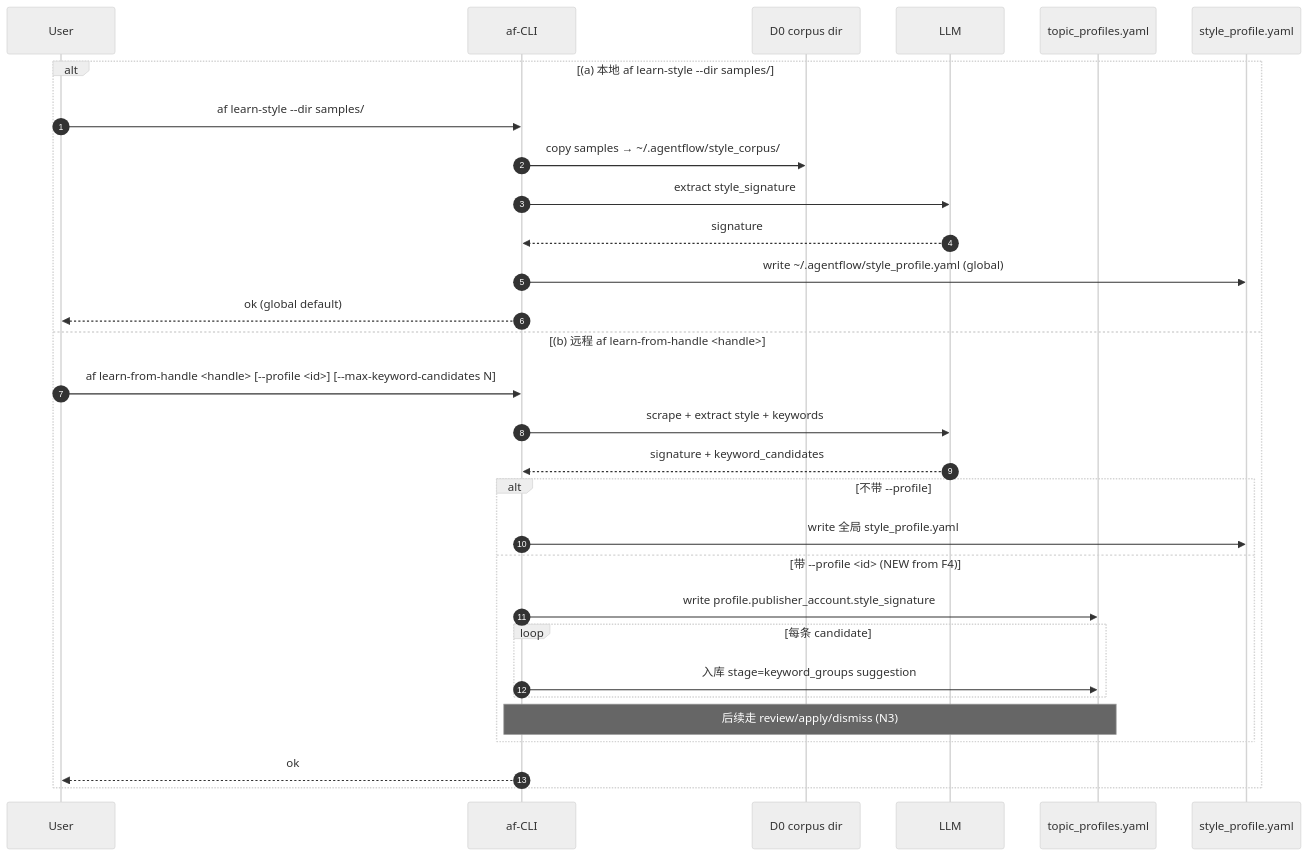
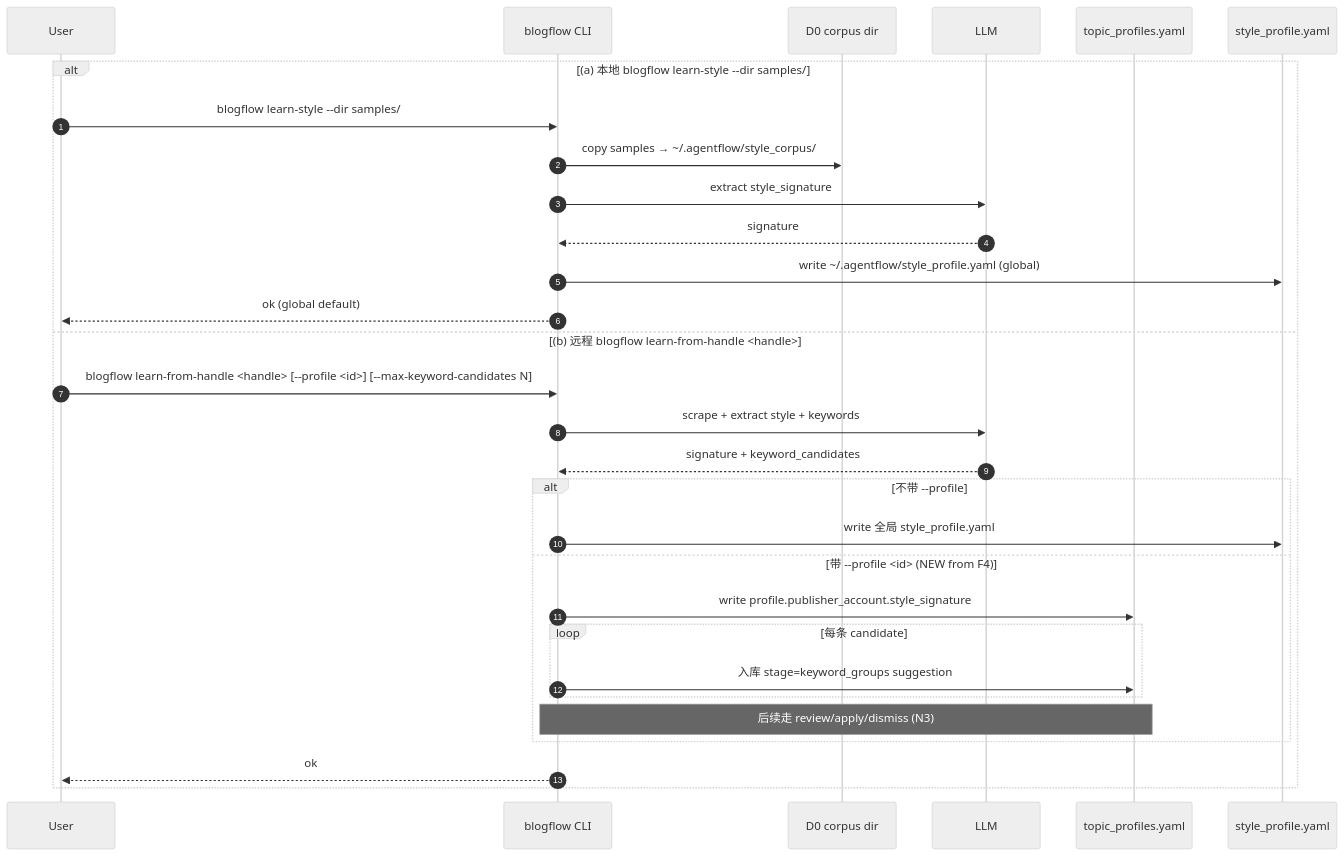
One commit to witness1993x/agentflow-article-publishing changed the third of 23 diagrams in docs/flows/USER_SCENARIOS.md. Above: the diagram before and after it, drawn with Mermaid (neutral theme). The commit also changed other lines of this file and 72 other files, not shown here.

````diff
--- a/docs/flows/USER_SCENARIOS.md
+++ b/docs/flows/USER_SCENARIOS.md
@@ -96,32 +103,32 @@
 ```mermaid
 sequenceDiagram
     autonumber
     participant User
-    participant CLI as af-CLI
+    participant CLI as blogflow CLI
     participant D0 as D0 corpus dir
     participant LLM
     participant TP as topic_profiles.yaml
     participant SP as style_profile.yaml
-    alt (a) 本地 af learn-style --dir samples/
-        User->>CLI: af learn-style --dir samples/
+    alt (a) 本地 blogflow learn-style --dir samples/
+        User->>CLI: blogflow learn-style --dir samples/
         CLI->>D0: copy samples → ~/.agentflow/style_corpus/
         CLI->>LLM: extract style_signature
         LLM-->>CLI: signature
         CLI->>SP: write ~/.agentflow/style_profile.yaml (global)
         CLI-->>User: ok (global default)
-    else (b) 远程 af learn-from-handle <handle>
-        User->>CLI: af learn-from-handle <handle> [--profile <id>] [--max-keyword-candidates N]
+    else (b) 远程 blogflow learn-from-handle <handle>
+        User->>CLI: blogflow learn-from-handle <handle> [--profile <id>] [--max-keyword-candidates N]
         CLI->>LLM: scrape + extract style + keywords
         LLM-->>CLI: signature + keyword_candidates
         alt 不带 --profile
             CLI->>SP: write 全局 style_profile.yaml
         else 带 --profile <id>  (NEW from F4)
             CLI->>TP: write profile.publisher_account.style_signature
             loop 每条 candidate
                 CLI->>TP: 入库 stage=keyword_groups suggestion
             end
             Note over CLI,TP: 后续走 review/apply/dismiss (N3)
         end
         CLI-->>User: ok
     end
 ```
````
